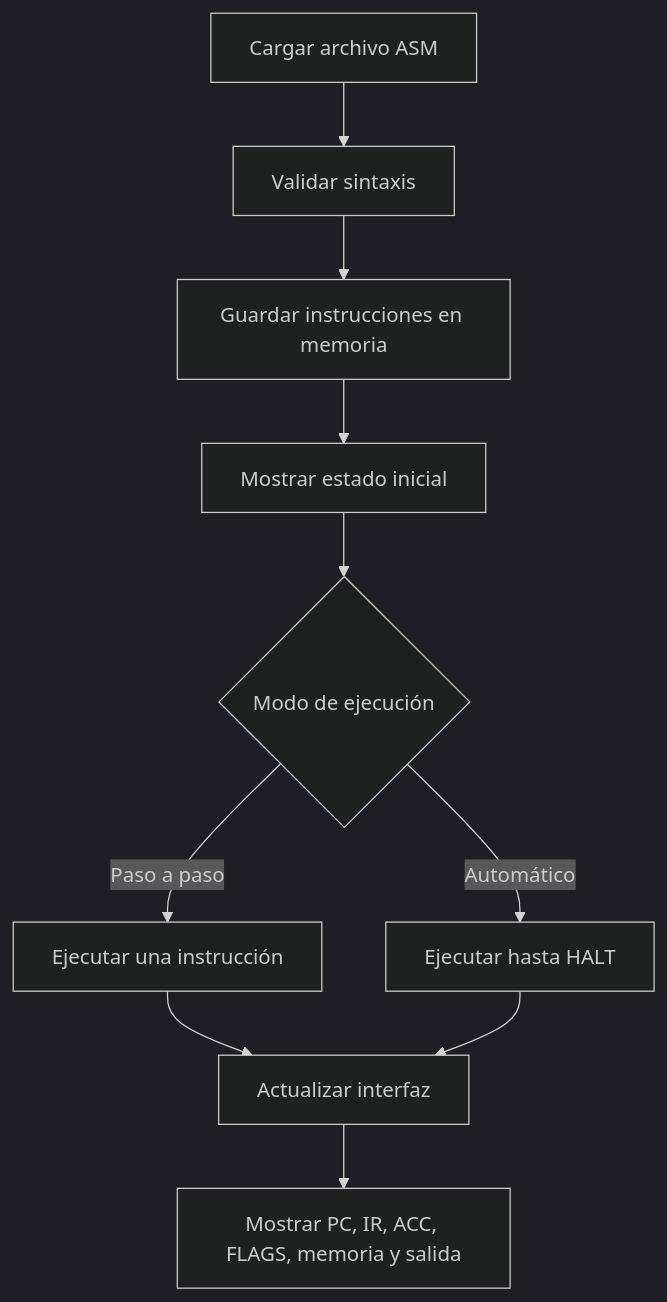
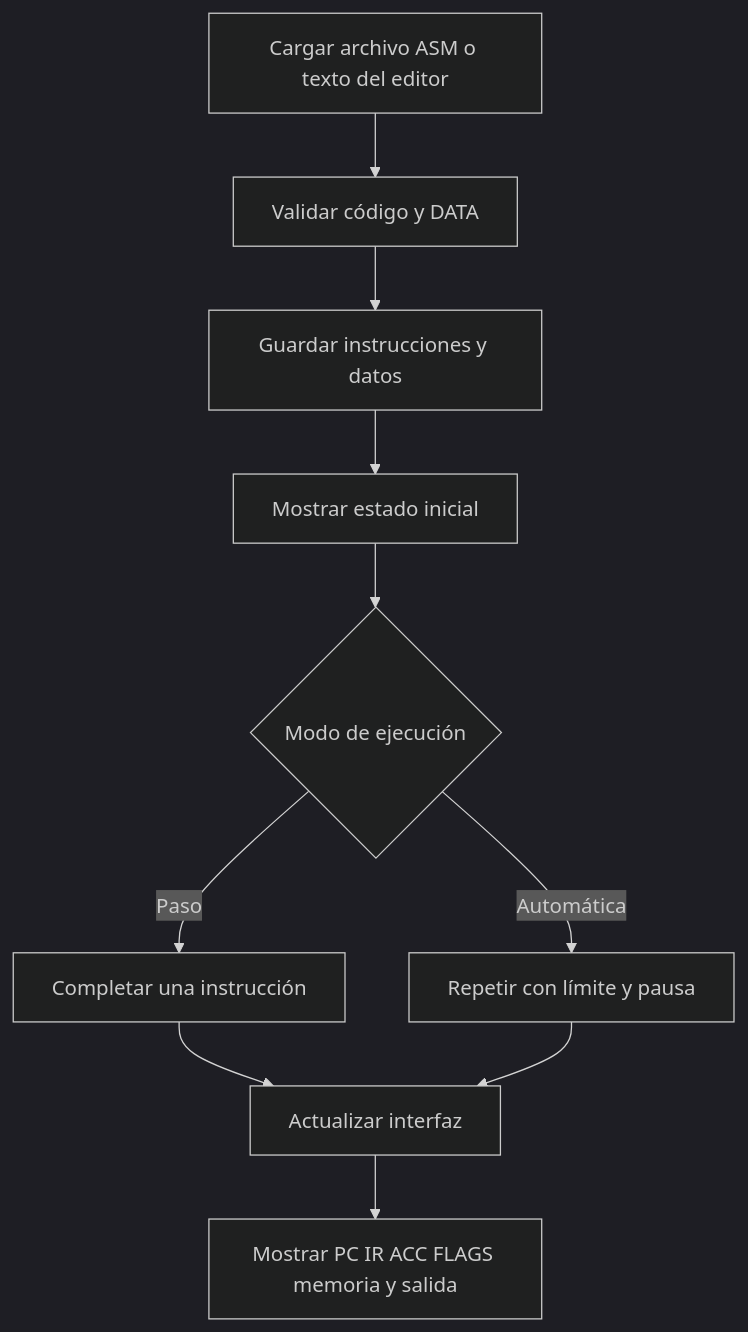
The fourth of 4 diagrams in docs/DOCUMENTO_TECNICO_GRUPO13.md (Josebucardo/simulador-maquina-virtual), drawn with Mermaid (dark theme) before and after one commit. The commit also changed other lines of this file and 86 other files, not shown here.

Commit message:
Completar VM Studio con reportes, pruebas y materiales de exposicion

````diff
--- a/docs/DOCUMENTO_TECNICO_GRUPO13.md
+++ b/docs/DOCUMENTO_TECNICO_GRUPO13.md
@@ -151,12 +293,12 @@
 ```mermaid
 flowchart TD
-    A[Cargar archivo ASM] --> B[Validar sintaxis]
-    B --> C[Guardar instrucciones en memoria]
+    A[Cargar archivo ASM o texto del editor] --> B[Validar código y DATA]
+    B --> C[Guardar instrucciones y datos]
     C --> D[Mostrar estado inicial]
     D --> E{Modo de ejecución}
-    E -- Paso a paso --> F[Ejecutar una instrucción]
-    E -- Automático --> G[Ejecutar hasta HALT]
+    E -- Paso --> F[Completar una instrucción]
+    E -- Automática --> G[Repetir con límite y pausa]
     F --> H[Actualizar interfaz]
     G --> H
-    H --> I[Mostrar PC, IR, ACC, FLAGS, memoria y salida]
+    H --> I[Mostrar PC IR ACC FLAGS memoria y salida]
 ```
````
